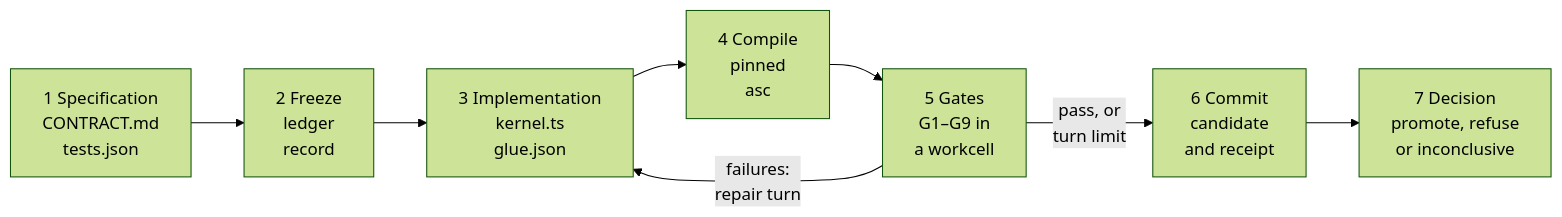
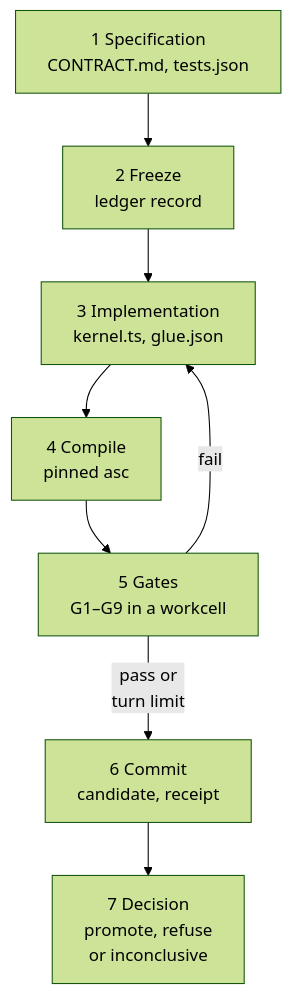
One commit to Akilleez-QA/endoforge changed the diagram in docs/architecture/candidate-loop.md. Above: the diagram before and after it, drawn with Mermaid (forest theme). The commit also changed 1 other file, not shown here.

Commit message:
Diagrams top-down with short labels so they render legibly on GitHub

````diff
--- a/docs/architecture/candidate-loop.md
+++ b/docs/architecture/candidate-loop.md
@@ -10,10 +10,10 @@
 ```mermaid
-flowchart LR
-  spec["1 Specification<br/>CONTRACT.md<br/>tests.json"] --> freeze["2 Freeze<br/>ledger<br/>record"]
-  freeze --> impl["3 Implementation<br/>kernel.ts<br/>glue.json"]
-  impl --> compile["4 Compile<br/>pinned<br/>asc"]
-  compile --> gates["5 Gates<br/>G1–G9 in<br/>a workcell"]
-  gates -- "failures:<br/>repair turn" --> impl
-  gates -- "pass, or<br/>turn limit" --> commit["6 Commit<br/>candidate<br/>and receipt"]
+flowchart TD
+  spec["1 Specification<br/>CONTRACT.md, tests.json"] --> freeze["2 Freeze<br/>ledger record"]
+  freeze --> impl["3 Implementation<br/>kernel.ts, glue.json"]
+  impl --> compile["4 Compile<br/>pinned asc"]
+  compile --> gates["5 Gates<br/>G1–G9 in a workcell"]
+  gates -- "fail" --> impl
+  gates -- "pass or<br/>turn limit" --> commit["6 Commit<br/>candidate, receipt"]
   commit --> decision["7 Decision<br/>promote, refuse<br/>or inconclusive"]
 ```
````
